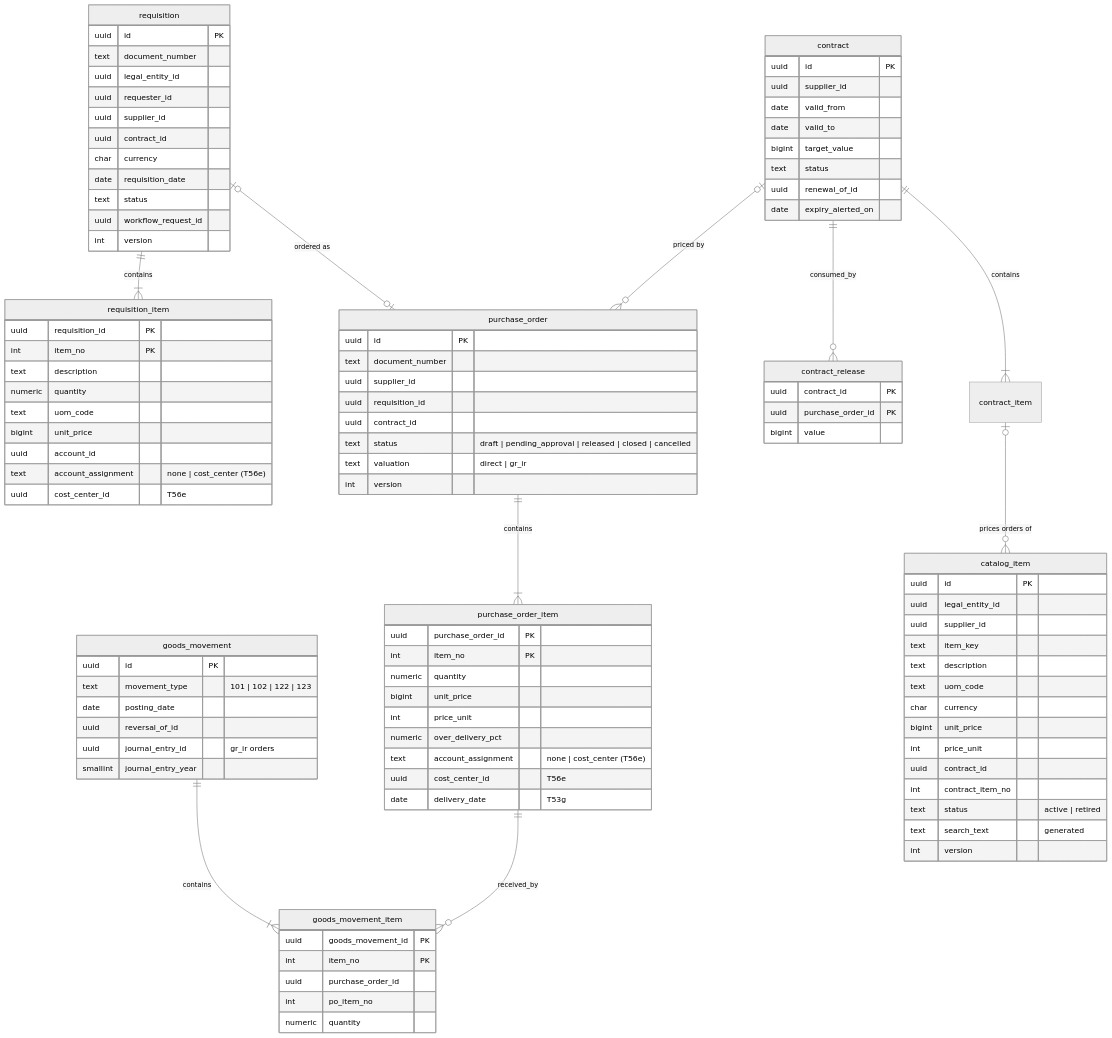
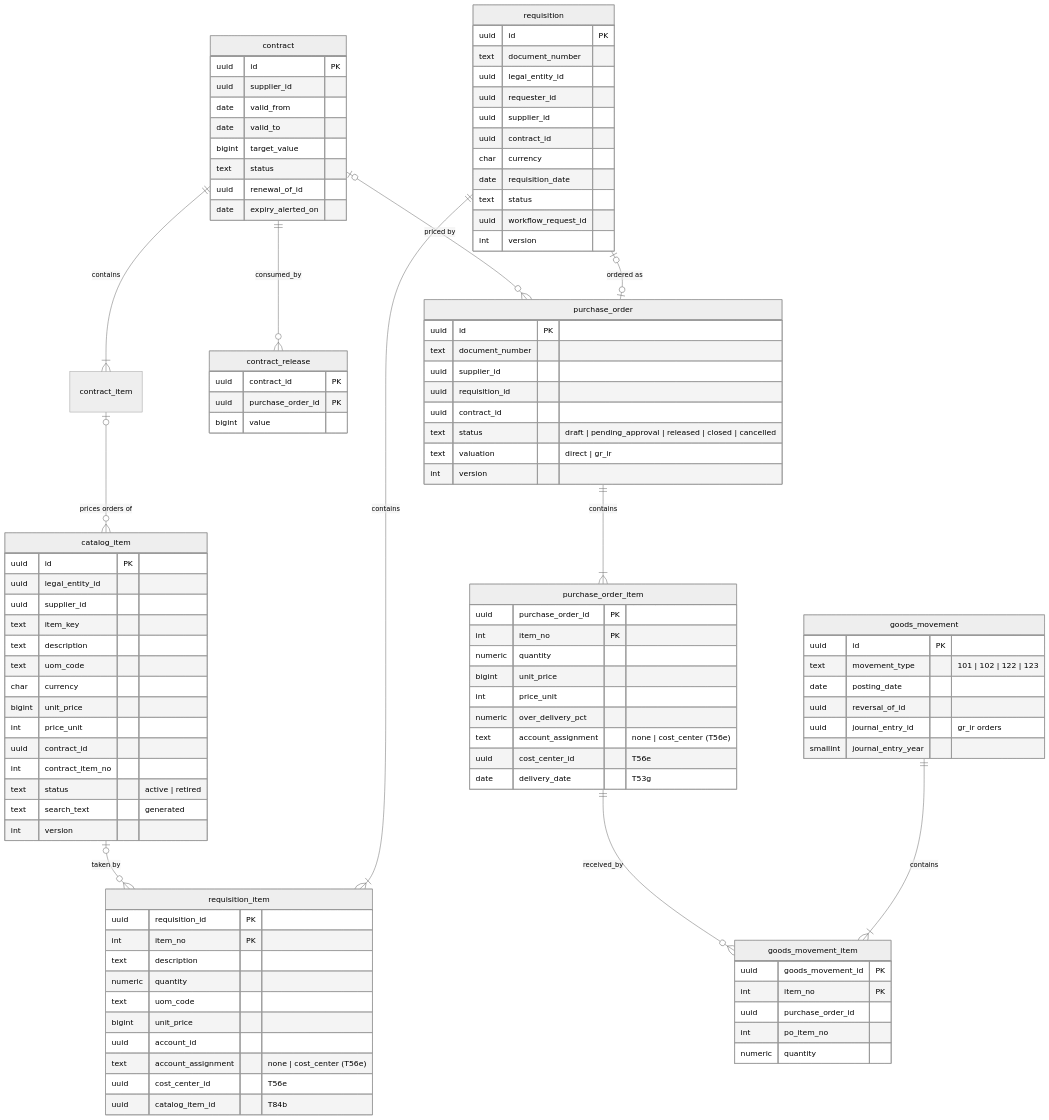
One commit to mustie7iy/agentic-erp changed the sixth of 15 diagrams in docs/design/03-data-model.md. Above: the diagram before and after it, drawn with Mermaid (neutral theme). The commit also changed other lines of this file and 23 other files, not shown here.

First line of the commit message:
T84b: a requester adds a catalog item to a requisition with a quantity: its description, unit, price and supplier are the catalog's (catalog_item_id on the requisition item's input and on procurement.requisition_item, migrations 000277-000278; ADR-0071 §6; walkthrough step 54 extended)

```diff
--- a/docs/design/03-data-model.md
+++ b/docs/design/03-data-model.md
@@ -1599,6 +1599,7 @@
   contract |o--o{ purchase_order : "priced by"
   goods_movement ||--|{ goods_movement_item : contains
   contract_item |o--o{ catalog_item : "prices orders of"
+  catalog_item |o--o{ requisition_item : "taken by"
   purchase_order_item ||--o{ goods_movement_item : received_by
   requisition { uuid id PK
     text document_number
@@ -1619,7 +1620,8 @@
     bigint unit_price
     uuid account_id
     text account_assignment "none | cost_center (T56e)"
-    uuid cost_center_id "T56e" }
+    uuid cost_center_id "T56e"
+    uuid catalog_item_id "T84b" }
   contract { uuid id PK
     uuid supplier_id
     date valid_from
```
